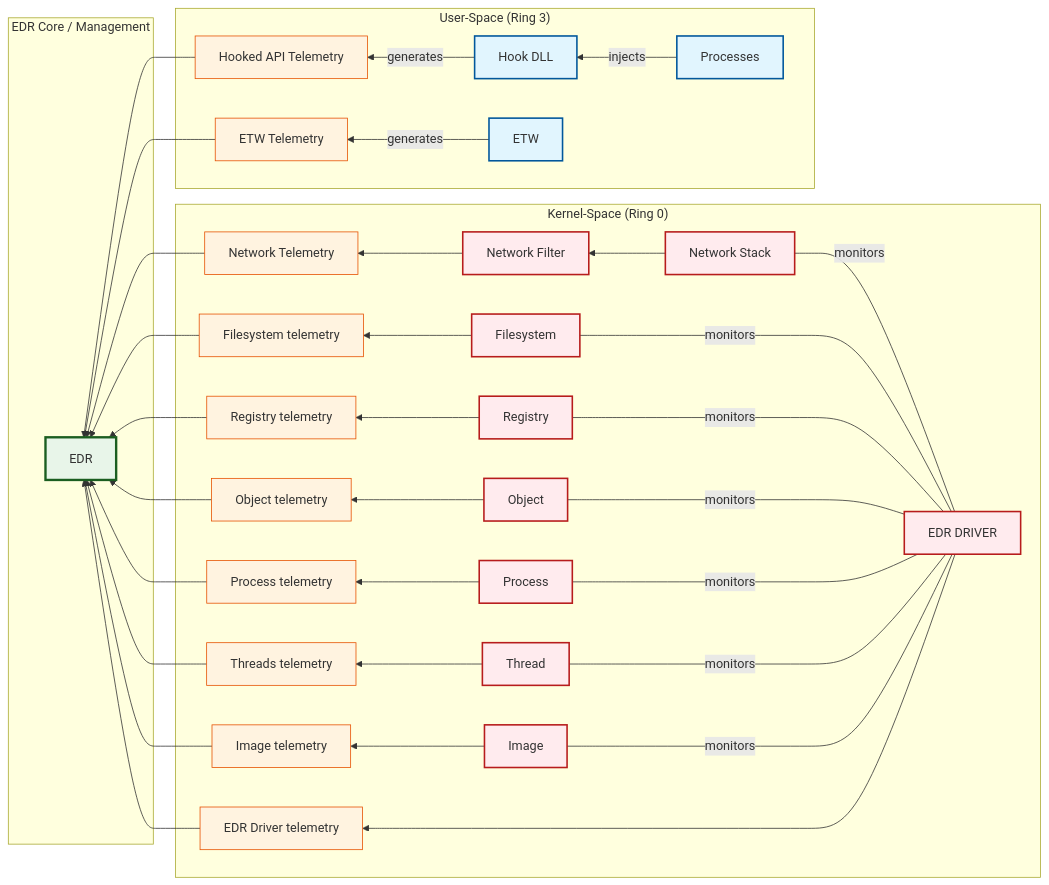
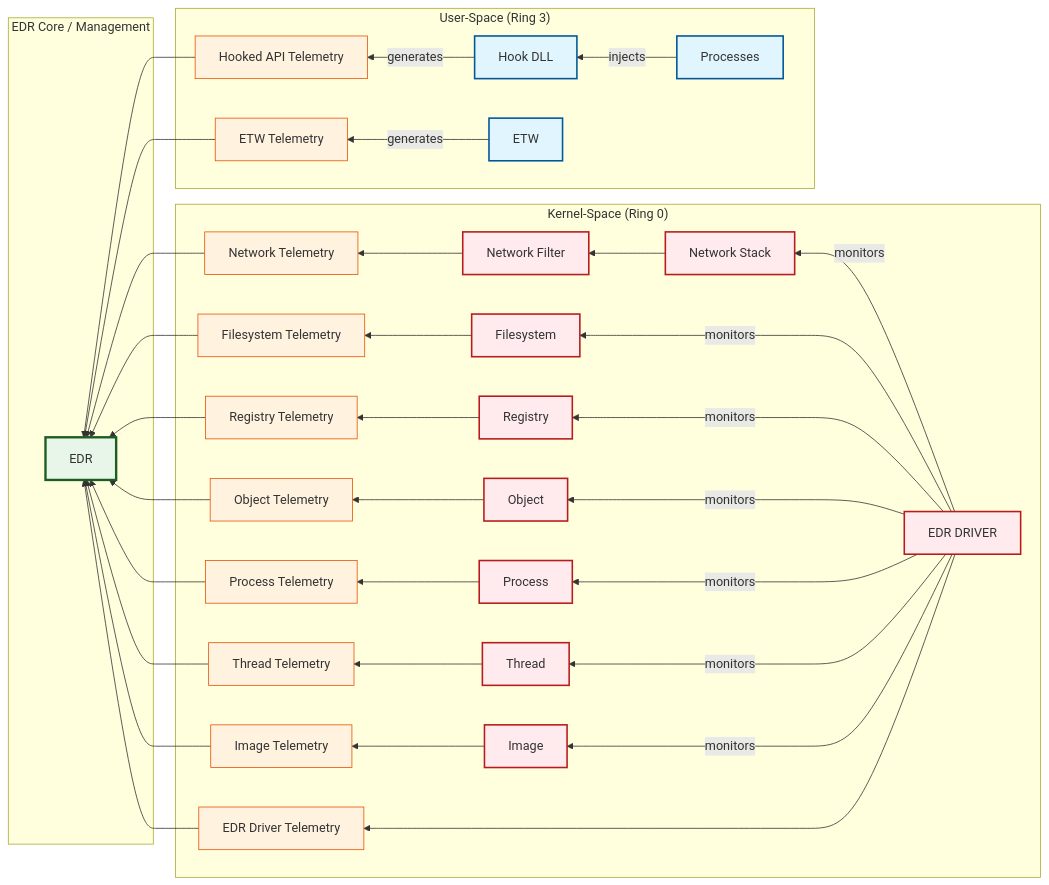
Before and after one commit to adolfcna/ATTvDEF: the first of 3 diagrams in content/Internals/Microsoft Windows/EDRs/EDR Architecture.md, drawn with Mermaid.

Commit message:
vault backup: 2026-09-22 12:19:44

````diff
--- a/content/Internals/Microsoft Windows/EDRs/EDR Architecture.md
+++ b/content/Internals/Microsoft Windows/EDRs/EDR Architecture.md
@@ -18,64 +18,68 @@
 ```mermaid
 flowchart RL
-    subgraph UserSpace ["User-Space (Ring 3)"]
-        Proc[Processes]
-        Hook[Hook DLL]
-        HookedTel[Hooked API Telemetry]
-        ETW[ETW]
-        ETWTel[ETW Telemetry]
 
-        Proc -->|injects| Hook
-        Hook -->|generates| HookedTel
-        ETW -->|generates| ETWTel
+    subgraph UserSpace["User-Space (Ring 3)"]
+        Proc["Processes"]
+        Hook["Hook DLL"]
+        HookedTel["Hooked API Telemetry"]
+        ETW["ETW"]
+        ETWTel["ETW Telemetry"]
+
+        Proc -->|"injects"| Hook
+        Hook -->|"generates"| HookedTel
+        ETW -->|"generates"| ETWTel
     end
 
-    subgraph KernelSpace ["Kernel-Space (Ring 0)"]
-        EDRDrv[EDR DRIVER]
-        
-        %% System Components
-        NetStack[Network Stack]
-        NetFilter[Network Filter]
-        FS[Filesystem]
-        Reg[Registry]
-        Obj[Object]
-        KProc[Process]
-        KThread[Thread]
-        KImage[Image]
+    subgraph KernelSpace["Kernel-Space (Ring 0)"]
+        EDRDrv["EDR DRIVER"]
 
-        %% Telemetry generated by components
-        NetTel[Network Telemetry]
-        FSTel[Filesystem telemetry]
-        RegTel[Registry telemetry]
-        ObjTel[Object telemetry]
-        KProcTel[Process telemetry]
-        KThreadTel[Threads telemetry]
-        KImageTel[Image telemetry]
-        DrvTel[EDR Driver telemetry]
+        NetStack["Network Stack"]
+        NetFilter["Network Filter"]
+        FS["Filesystem"]
+        Reg["Registry"]
+        Obj["Object"]
+        KProc["Process"]
+        KThread["Thread"]
+        KImage["Image"]
 
-        %% Relationships in Kernel
-        EDRDrv ---|monitors| NetStack
+        NetTel["Network Telemetry"]
+        FSTel["Filesystem Telemetry"]
+        RegTel["Registry Telemetry"]
+        ObjTel["Object Telemetry"]
+        KProcTel["Process Telemetry"]
+        KThreadTel["Thread Telemetry"]
+        KImageTel["Image Telemetry"]
+        DrvTel["EDR Driver Telemetry"]
+
+        EDRDrv -->|"monitors"| NetStack
         NetStack --> NetFilter
         NetFilter --> NetTel
-        EDRDrv ---|monitors| FS
+
+        EDRDrv -->|"monitors"| FS
         FS --> FSTel
-        EDRDrv ---|monitors| Reg
+
+        EDRDrv -->|"monitors"| Reg
         Reg --> RegTel
-        EDRDrv ---|monitors| Obj
+
+        EDRDrv -->|"monitors"| Obj
         Obj --> ObjTel
-        EDRDrv ---|monitors| KProc
+
+        EDRDrv -->|"monitors"| KProc
         KProc --> KProcTel
-        EDRDrv ---|monitors| KThread
+
+        EDRDrv -->|"monitors"| KThread
         KThread --> KThreadTel
-        EDRDrv ---|monitors| KImage
+
+        EDRDrv -->|"monitors"| KImage
         KImage --> KImageTel
+
         EDRDrv --> DrvTel
     end
 
-    subgraph EDREngine ["EDR Core / Management"]
-        EDR[EDR]
+    subgraph EDREngine["EDR Core / Management"]
+        EDR["EDR"]
     end
 
-    %% Flow of all Telemetry to EDR Core
     HookedTel --> EDR
     ETWTel --> EDR
     NetTel --> EDR
@@ -87,14 +91,13 @@
     KImageTel --> EDR
     DrvTel --> EDR
 
-    %% Styling
-    classDef user fill:#e1f5fe,stroke:#01579b,stroke-width:2px;
-    classDef kernel fill:#ffebee,stroke:#b71c1c,stroke-width:2px;
-    classDef tel fill:#fff3e0,stroke:#e65100,stroke-width:1px;
-    classDef edr fill:#e8f5e9,stroke:#1b5e20,stroke-width:3px;
+    classDef user fill:#e1f5fe,stroke:#01579b,stroke-width:2px
+    classDef kernel fill:#ffebee,stroke:#b71c1c,stroke-width:2px
+    classDef tel fill:#fff3e0,stroke:#e65100,stroke-width:1px
+    classDef edr fill:#e8f5e9,stroke:#1b5e20,stroke-width:3px
 
-    class Proc,Hook,ETW user;
-    class EDRDrv,NetStack,NetFilter,FS,Reg,Obj,KProc,KThread,KImage kernel;
-    class HookedTel,ETWTel,NetTel,FSTel,RegTel,ObjTel,KProcTel,KThreadTel,KImageTel,DrvTel tel;
-    class EDR edr;
+    class Proc,Hook,ETW user
+    class EDRDrv,NetStack,NetFilter,FS,Reg,Obj,KProc,KThread,KImage kernel
+    class HookedTel,ETWTel,NetTel,FSTel,RegTel,ObjTel,KProcTel,KThreadTel,KImageTel,DrvTel tel
+    class EDR edr
 ```
````
